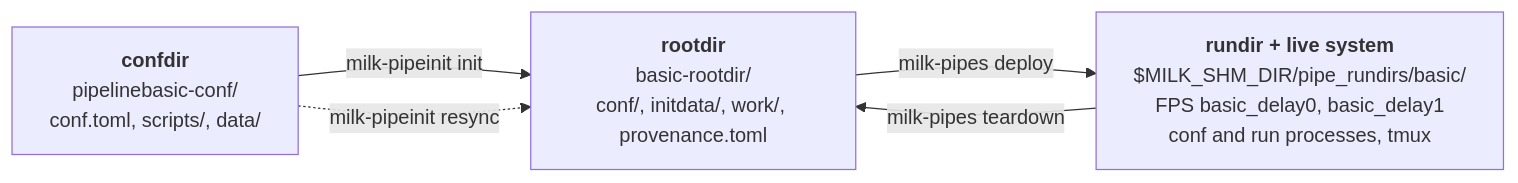
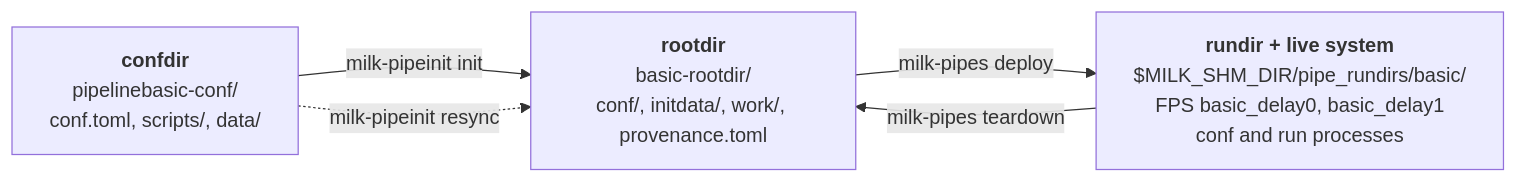
The diagram in docs/guide/pipelines.md (milk-org/milk), drawn with Mermaid before and after one commit. The commit also changed other lines of this file and 17 other files, not shown here.

````diff
--- a/docs/guide/pipelines.md
+++ b/docs/guide/pipelines.md
@@ -25,10 +25,10 @@
 ```mermaid
 flowchart LR
     CD["<b>confdir</b><br/>pipelinebasic-conf/<br/>conf.toml, scripts/, data/"]
     RD["<b>rootdir</b><br/>basic-rootdir/<br/>conf/, initdata/, work/, provenance.toml"]
-    RUN["<b>rundir + live system</b><br/>$MILK_SHM_DIR/pipe_rundirs/basic/<br/>FPS basic_delay0, basic_delay1<br/>conf and run processes, tmux"]
+    RUN["<b>rundir + live system</b><br/>$MILK_SHM_DIR/pipe_rundirs/basic/<br/>FPS basic_delay0, basic_delay1<br/>conf and run processes"]
     CD -- "milk-pipeinit init" --> RD
     CD -. "milk-pipeinit resync" .-> RD
     RD -- "milk-pipes deploy" --> RUN
     RUN -- "milk-pipes teardown" --> RD
 ```
````
